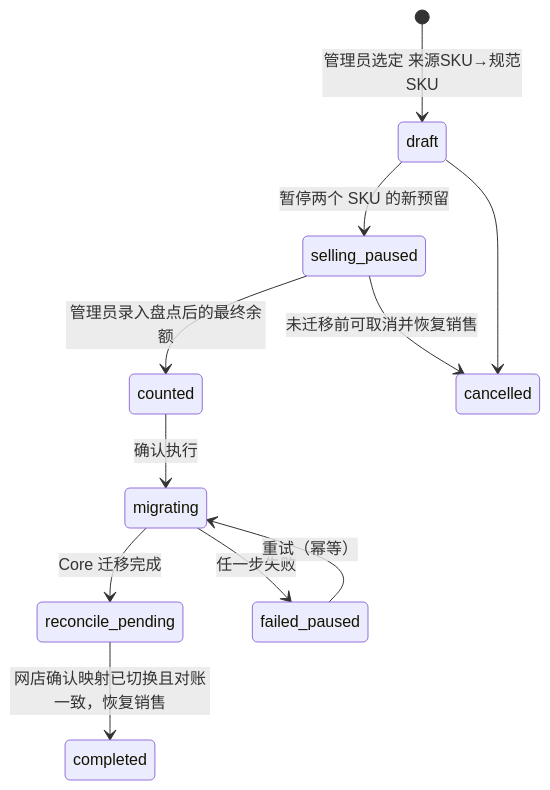
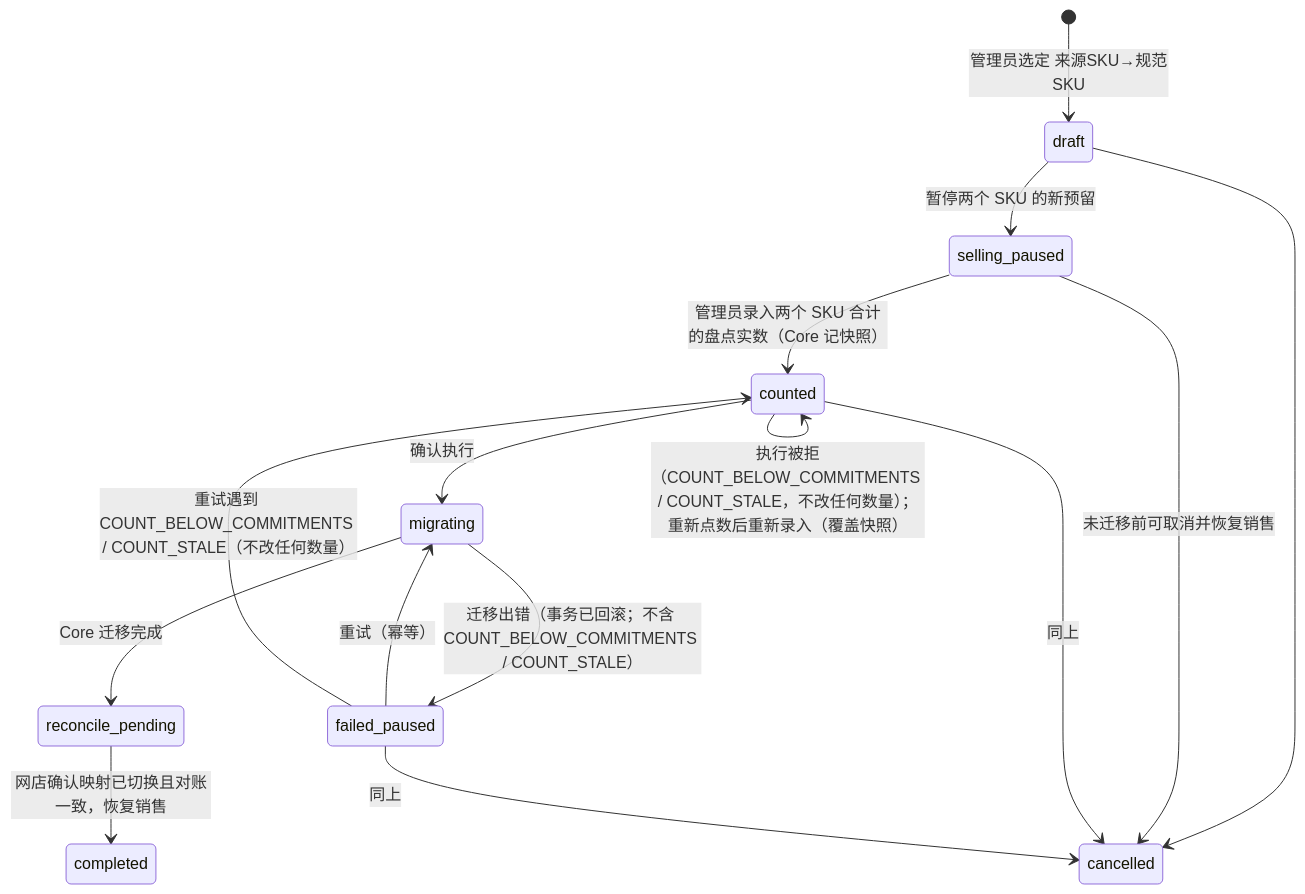
The first of 2 diagrams in docs/CONTRACT_V1.md (kelvinpang90/acuven_stock_core), drawn with Mermaid before and after one commit. The commit also changed other lines of this file and 5 other files, not shown here.

````diff
--- a/docs/CONTRACT_V1.md
+++ b/docs/CONTRACT_V1.md
@@ -110,13 +112,17 @@
 ```mermaid
 stateDiagram-v2
   [*] --> draft: 管理员选定 来源SKU→规范SKU
   draft --> selling_paused: 暂停两个 SKU 的新预留
-  selling_paused --> counted: 管理员录入盘点后的最终余额
+  selling_paused --> counted: 管理员录入两个 SKU 合计的盘点实数（Core 记快照）
+  counted --> counted: 执行被拒（COUNT_BELOW_COMMITMENTS / COUNT_STALE，不改任何数量）；重新点数后重新录入（覆盖快照）
   counted --> migrating: 确认执行
   migrating --> reconcile_pending: Core 迁移完成
   reconcile_pending --> completed: 网店确认映射已切换且对账一致，恢复销售
-  migrating --> failed_paused: 任一步失败
+  migrating --> failed_paused: 迁移出错（事务已回滚；不含 COUNT_BELOW_COMMITMENTS / COUNT_STALE）
   failed_paused --> migrating: 重试（幂等）
+  failed_paused --> counted: 重试遇到 COUNT_BELOW_COMMITMENTS / COUNT_STALE（不改任何数量）
   draft --> cancelled
   selling_paused --> cancelled: 未迁移前可取消并恢复销售
+  counted --> cancelled: 同上
+  failed_paused --> cancelled: 同上
 ```
````
